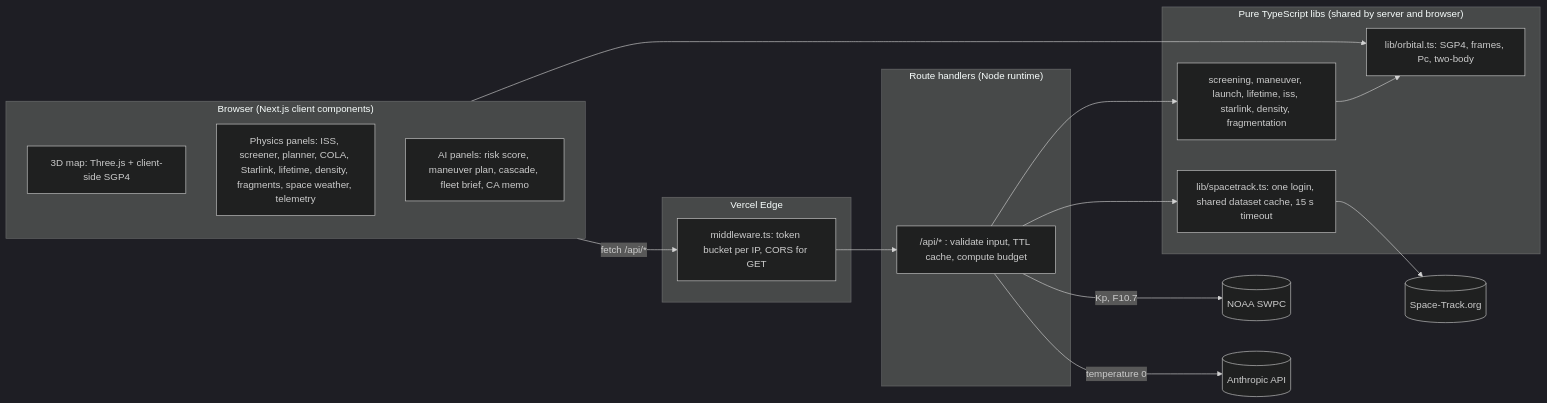
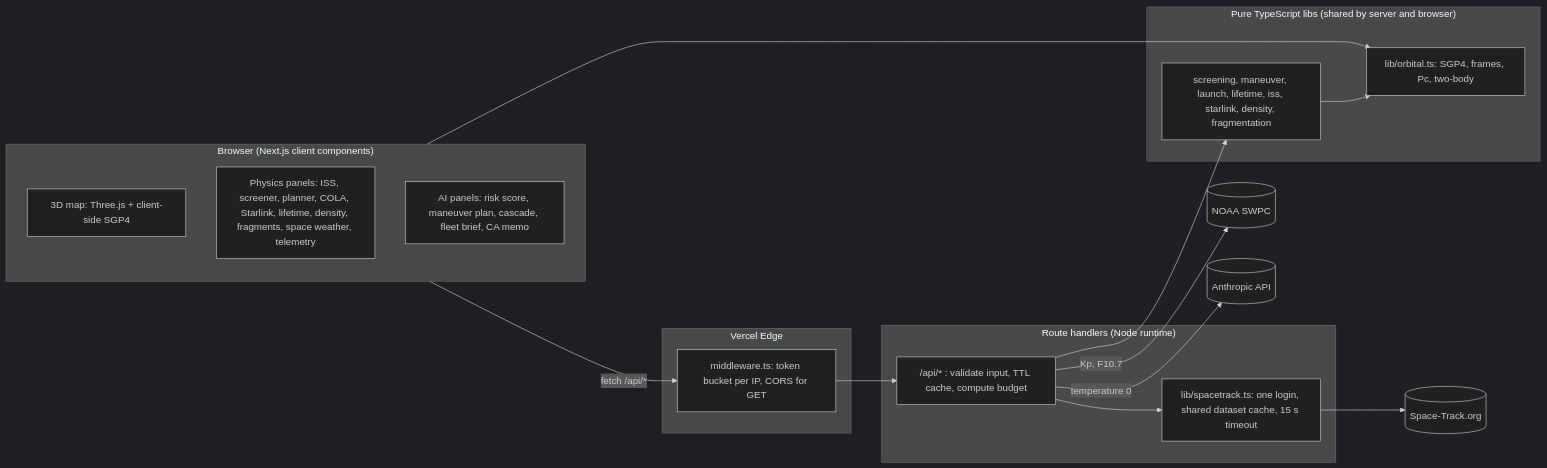
Before and after one commit to IQEmperor24/SpaceDebris: the diagram in README.md, drawn with Mermaid (dark theme). The commit also changed other lines of this file and 32 other files, not shown here.

````diff
--- a/README.md
+++ b/README.md
@@ -31,29 +31,29 @@
 ```mermaid
 flowchart LR
   subgraph browser["Browser (Next.js client components)"]
     map["3D map: Three.js + client-side SGP4"]
     panels["Physics panels: ISS, screener, planner, COLA, Starlink, lifetime, density, fragments, space weather, telemetry"]
     ai["AI panels: risk score, maneuver plan, cascade, fleet brief, CA memo"]
   end
   subgraph edge["Vercel Edge"]
     mw["middleware.ts: token bucket per IP, CORS for GET"]
   end
   subgraph server["Route handlers (Node runtime)"]
     routes["/api/* : validate input, TTL cache, compute budget"]
+    stclient["lib/spacetrack.ts: one login, shared dataset cache, 15 s timeout"]
   end
   subgraph libs["Pure TypeScript libs (shared by server and browser)"]
     orbital["lib/orbital.ts: SGP4, frames, Pc, two-body"]
     algos["screening, maneuver, launch, lifetime, iss, starlink, density, fragmentation"]
-    stclient["lib/spacetrack.ts: one login, shared dataset cache, 15 s timeout"]
   end
   st[("Space-Track.org")]
   swpc[("NOAA SWPC")]
   claude[("Anthropic API")]
 
   browser -->|"fetch /api/*"| mw --> routes
   browser --> orbital
   routes --> algos --> orbital
   routes --> stclient --> st
   routes -->|"Kp, F10.7"| swpc
   routes -->|"temperature 0"| claude
 ```
````
